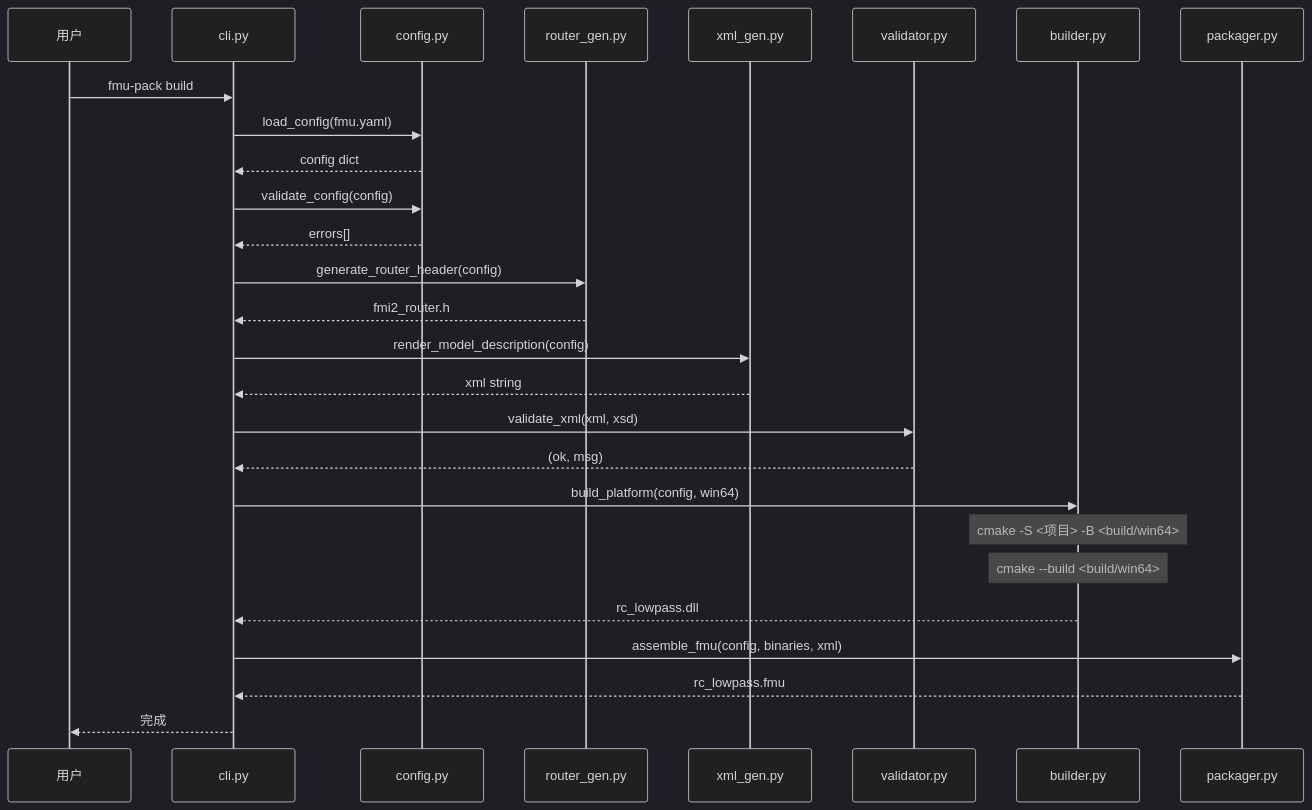
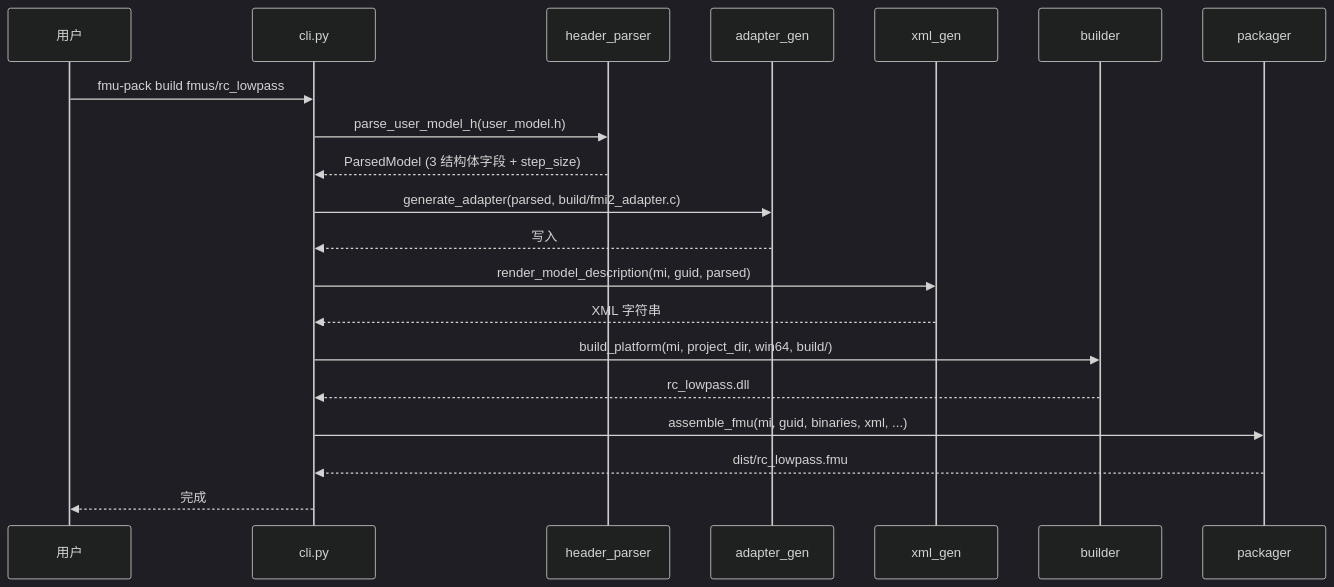
One commit to chechem3/fmu_test changed the first of 2 diagrams in doc/FMU和打包设计.md. Above: the diagram before and after it, drawn with Mermaid (dark theme). The commit also changed other lines of this file and 3 other files, not shown here.

First line of the commit message:
Update RC lowpass FMU and add new untitled model

````diff
--- a/doc/FMU和打包设计.md
+++ b/doc/FMU和打包设计.md
@@ -413,30 +121,23 @@
 ```mermaid
 sequenceDiagram
     participant U as 用户
     participant CLI as cli.py
-    participant CFG as config.py
-    participant RT as router_gen.py
-    participant XML as xml_gen.py
-    participant XSD as validator.py
-    participant BLD as builder.py
-    participant PKG as packager.py
+    participant P as header_parser
+    participant AG as adapter_gen
+    participant XG as xml_gen
+    participant B as builder
+    participant PK as packager
 
-    U->>CLI: fmu-pack build
-    CLI->>CFG: load_config(fmu.yaml)
-    CFG-->>CLI: config dict
-    CLI->>CFG: validate_config(config)
-    CFG-->>CLI: errors[]
-    CLI->>RT: generate_router_header(config)
-    RT-->>CLI: fmi2_router.h
-    CLI->>XML: render_model_description(config)
-    XML-->>CLI: xml string
-    CLI->>XSD: validate_xml(xml, xsd)
-    XSD-->>CLI: (ok, msg)
-    CLI->>BLD: build_platform(config, win64)
-    Note over BLD: cmake -S <项目> -B <build/win64>
-    Note over BLD: cmake --build <build/win64>
-    BLD-->>CLI: rc_lowpass.dll
-    CLI->>PKG: assemble_fmu(config, binaries, xml)
-    PKG-->>CLI: rc_lowpass.fmu
+    U->>CLI: fmu-pack build fmus/rc_lowpass
+    CLI->>P: parse_user_model_h(user_model.h)
+    P-->>CLI: ParsedModel (3 结构体字段 + step_size)
+    CLI->>AG: generate_adapter(parsed, build/fmi2_adapter.c)
+    AG-->>CLI: 写入
+    CLI->>XG: render_model_description(mi, guid, parsed)
+    XG-->>CLI: XML 字符串
+    CLI->>B: build_platform(mi, project_dir, win64, build/)
+    B-->>CLI: rc_lowpass.dll
+    CLI->>PK: assemble_fmu(mi, guid, binaries, xml, ...)
+    PK-->>CLI: dist/rc_lowpass.fmu
     CLI-->>U: 完成
 ```
````
